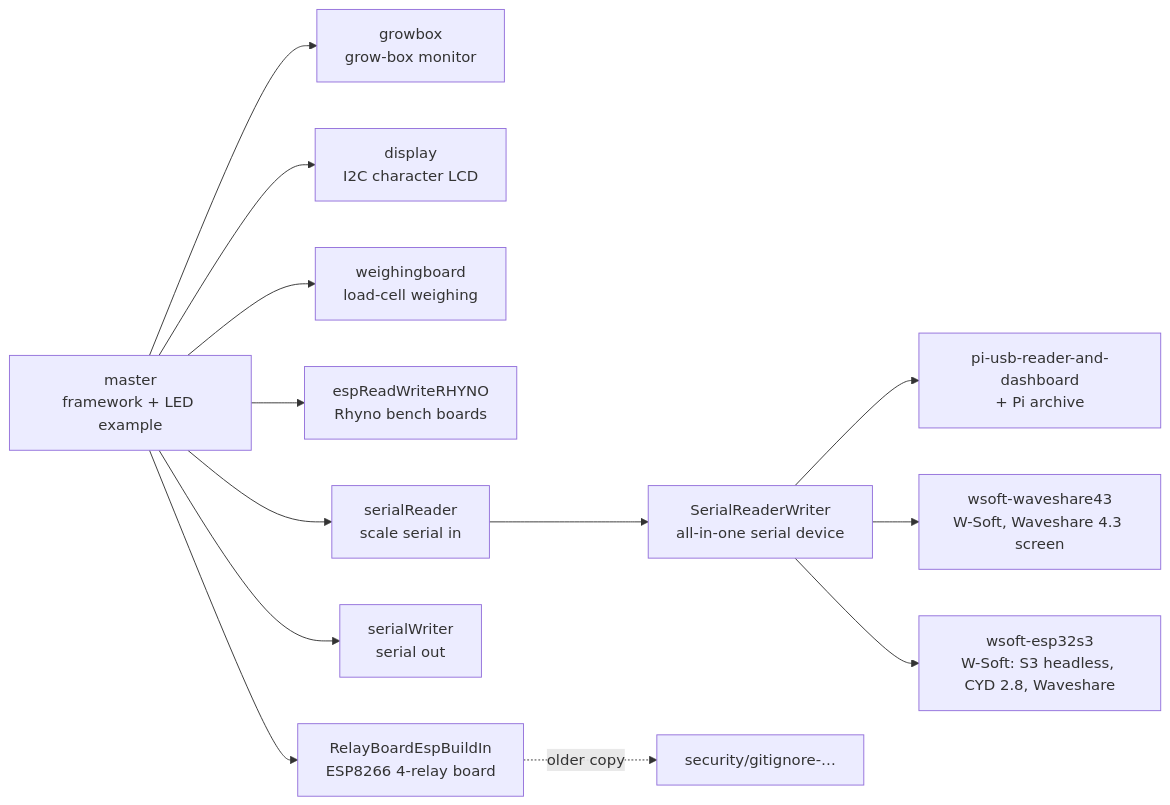
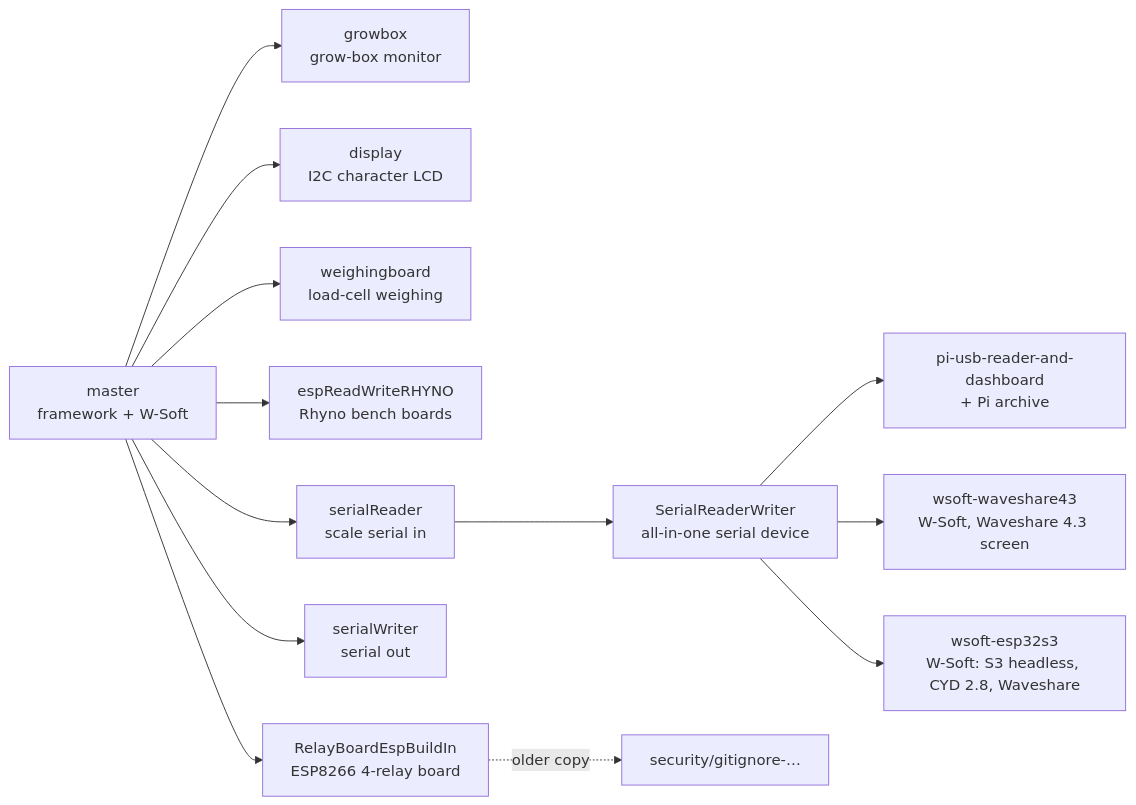
The diagram in docs/BRANCH-MAP.md (Kruger-Web-Solutions/Weighsoft.Hardware.Base), drawn with Mermaid before and after one commit. The commit also changed other lines of this file and 124 other files, not shown here.

````diff
--- a/docs/BRANCH-MAP.md
+++ b/docs/BRANCH-MAP.md
@@ -13,16 +15,16 @@
 ```mermaid
 flowchart LR
-  master["master<br/>framework + LED example"]
+  master["master<br/>framework + W-Soft"]
   master --> growbox["growbox<br/>grow-box monitor"]
   master --> display["display<br/>I2C character LCD"]
   master --> weighing["weighingboard<br/>load-cell weighing"]
   master --> rhyno["espReadWriteRHYNO<br/>Rhyno bench boards"]
   master --> sreader["serialReader<br/>scale serial in"]
   master --> swriter["serialWriter<br/>serial out"]
   sreader --> srw["SerialReaderWriter<br/>all-in-one serial device"]
   srw --> pi["pi-usb-reader-and-dashboard<br/>+ Pi archive"]
   srw --> ws43["wsoft-waveshare43<br/>W-Soft, Waveshare 4.3 screen"]
   srw --> s3["wsoft-esp32s3<br/>W-Soft: S3 headless, CYD 2.8, Waveshare"]
   master --> relay["RelayBoardEspBuildIn<br/>ESP8266 4-relay board"]
   relay -.older copy.-> sec["security/gitignore-…"]
 ```
````
